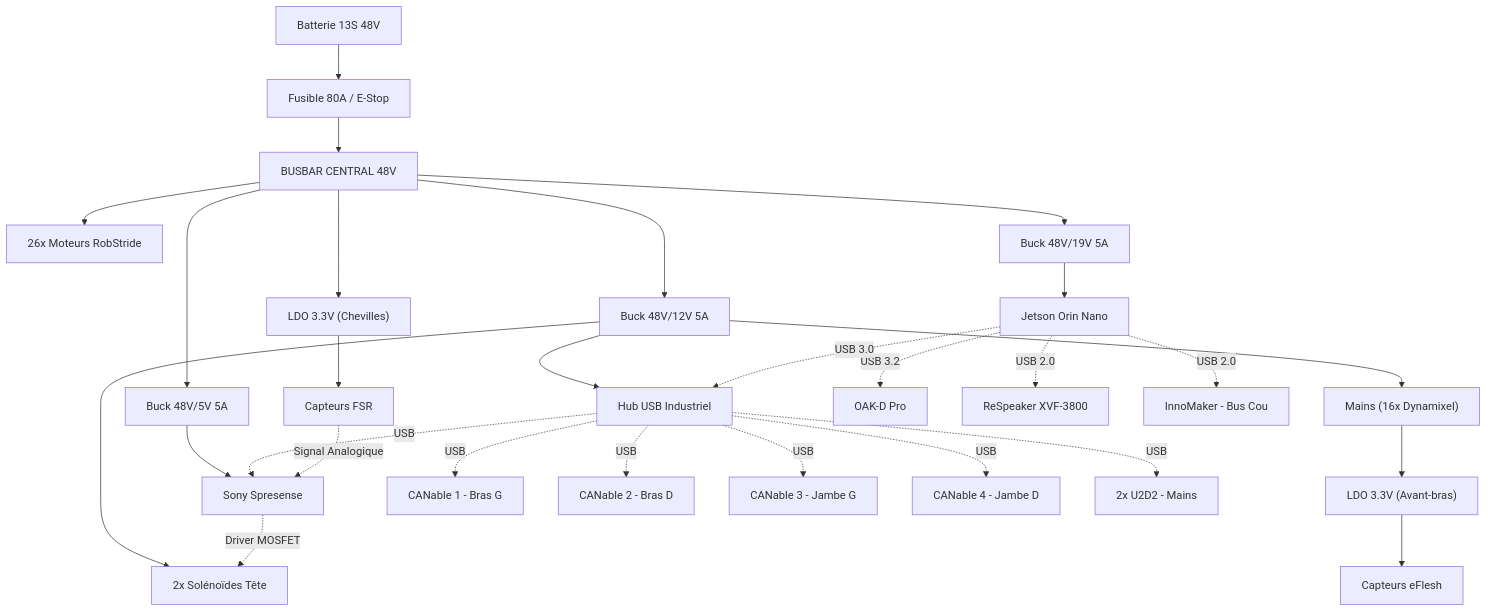
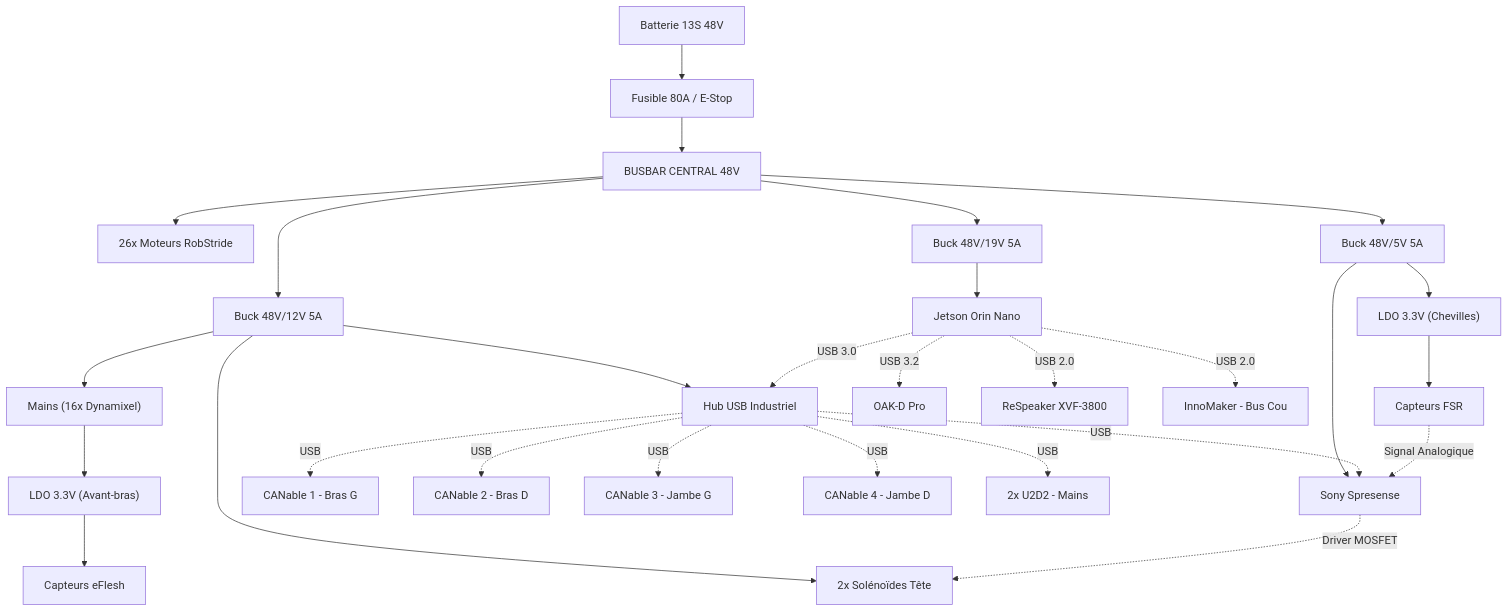
One commit to d-sergent/dbot-documentation changed the diagram in 04_Electronique_Cablage.md. Above: the diagram before and after it, drawn with Mermaid. The commit also changed other lines of this file, not shown here.

Commit message:
Docs: Source 5V pour régulateur FSR pieds

````diff
--- a/04_Electronique_Cablage.md
+++ b/04_Electronique_Cablage.md
@@ -21,48 +21,48 @@
 ```mermaid
 graph TD
     %% Source Energie
     BAT["Batterie 13S 48V"] --> FUS["Fusible 80A / E-Stop"]
     FUS --> BUSBAR["BUSBAR CENTRAL 48V"]
 
     %% Rails de Puissance
     BUSBAR --> MOT["26x Moteurs RobStride"]
     BUSBAR --> B19["Buck 48V/19V 5A"]
     BUSBAR --> B12["Buck 48V/12V 5A"]
     BUSBAR --> B05["Buck 48V/5V 5A"]
 
     %% Distribution 19V
     B19 --> JET["Jetson Orin Nano"]
 
     %% Distribution 12V
     B12 --> HUB["Hub USB Industriel"]
     B12 --> SOL["2x Solénoïdes Tête"]
     B12 --> DYN["Mains (16x Dynamixel)"]
 
     %% Distribution 5V (Always-On)
     B05 --> SPR["Sony Spresense"]
 
     %% Régulations Locales 3.3V
     DYN --> LDO_A["LDO 3.3V (Avant-bras)"]
     LDO_A --> EFLESH["Capteurs eFlesh"]
     
-    BUSBAR --> LDO_P["LDO 3.3V (Chevilles)"]
+    B05 --> LDO_P["LDO 3.3V (Chevilles)"]
     LDO_P --> FSR["Capteurs FSR"]
 
     %% Flux Data USB Directs
     JET -. "USB 3.2" .-> OAK["OAK-D Pro"]
     JET -. "USB 2.0" .-> RES["ReSpeaker XVF-3800"]
     JET -. "USB 2.0" .-> INN["InnoMaker - Bus Cou"]
 
     %% Flux Data via Hub
     JET -. "USB 3.0" .-> HUB
     HUB -. "USB" .-> SPR
     HUB -. "USB" .-> CAN1["CANable 1 - Bras G"]
     HUB -. "USB" .-> CAN2["CANable 2 - Bras D"]
     HUB -. "USB" .-> CAN3["CANable 3 - Jambe G"]
     HUB -. "USB" .-> CAN4["CANable 4 - Jambe D"]
     HUB -. "USB" .-> U2D2["2x U2D2 - Mains"]
 
     %% Pilotage Spécifique
     SPR -. "Driver MOSFET" .-> SOL
     FSR -. "Signal Analogique" .-> SPR
 ```
````
